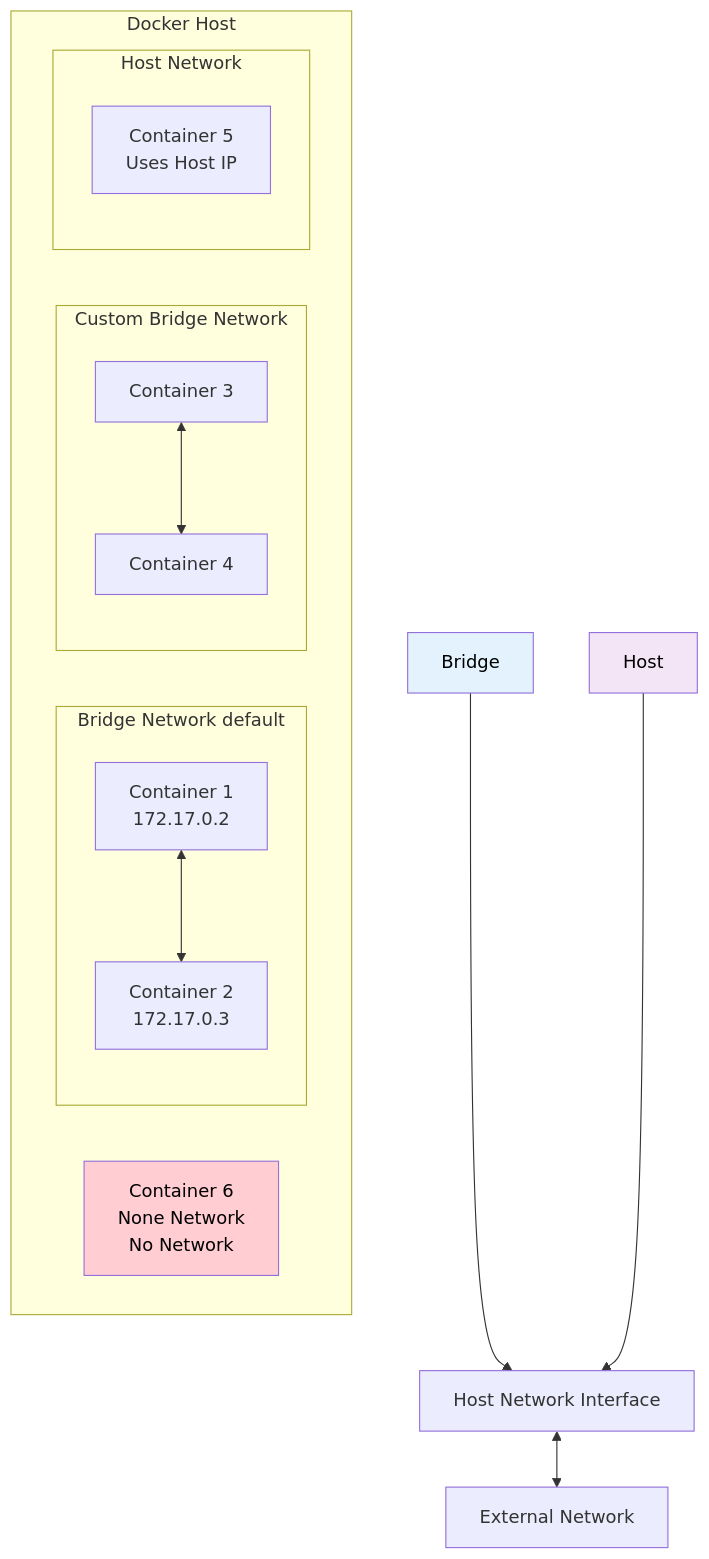
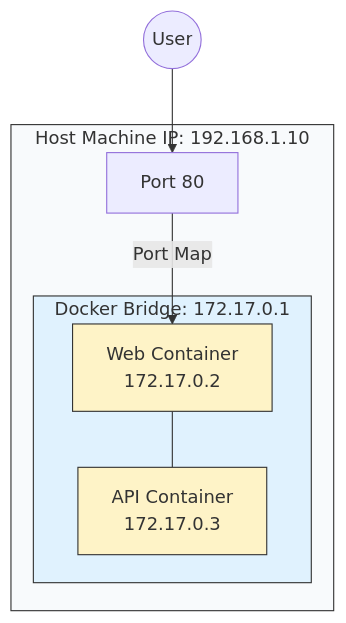
The diagram in 1-Beginner/03-Phase-3/01-Container-Orchestration/Docker/02-Intermediate/01-Docker-Networking/README.md (Ganil151/Devops), drawn with Mermaid before and after one commit. The commit also changed other lines of this file and 77 other files, not shown here.

````diff
--- a/1-Beginner/03-Phase-3/01-Container-Orchestration/Docker/02-Intermediate/01-Docker-Networking/README.md
+++ b/1-Beginner/03-Phase-3/01-Container-Orchestration/Docker/02-Intermediate/01-Docker-Networking/README.md
@@ -8,26 +5,19 @@
 ```mermaid
-graph TB
-    subgraph "Docker Host"
-        subgraph "Bridge Network default"
-            C1[Container 1<br/>172.17.0.2] <--> C2[Container 2<br/>172.17.0.3]
+graph TD
+    subgraph Host_Network[Host Machine IP: 192.168.1.10]
+        subgraph Bridge_Network[Docker Bridge: 172.17.0.1]
+            C1[Web Container<br/>172.17.0.2]
+            C2[API Container<br/>172.17.0.3]
+            C1 --- C2
         end
-
-subgraph "Custom Bridge Network"
-            C3[Container 3] <--> C4[Container 4]
-        end
-
-subgraph "Host Network"
-            C5[Container 5<br/>Uses Host IP]
-        end
-
-C6[Container 6<br/>None Network<br/>No Network]
+        
+        Host_Port[Port 80] -->|Port Map| C1
     end
-
-Bridge --> Router[Host Network Interface]
-    Host --> Router
-    Router <--> Internet[External Network]
-
-style Bridge fill:#e3f2fd,color:#000000
-    style Host fill:#f3e5f5,color:#000000
-    style C6 fill:#ffcdd2,color:#000000
+    
+    External_User((User)) --> Host_Port
+    
+    style Host_Network fill:#f8fafc,stroke:#333
+    style Bridge_Network fill:#e0f2fe,stroke:#333
+    style C1 fill:#fef3c7,stroke:#333
+    style C2 fill:#fef3c7,stroke:#333
 ```
````
